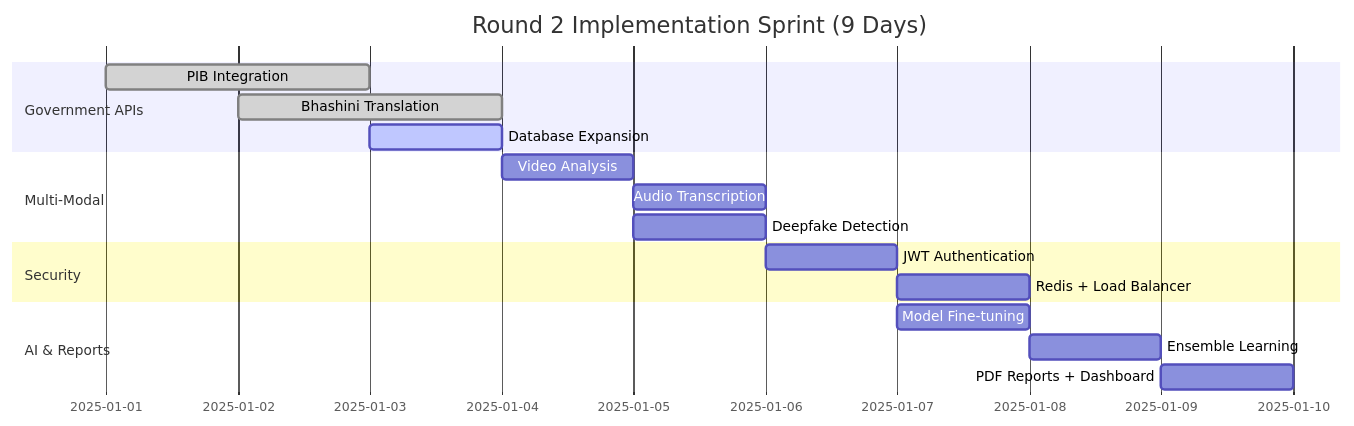
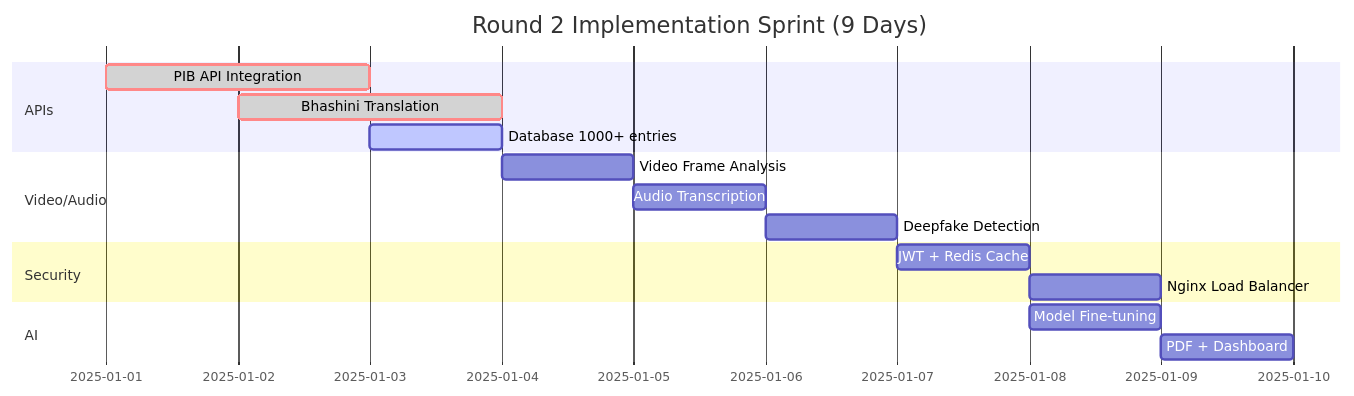
Before and after one commit to AbhishekGiri04/SATYA-DRISHTI: the sixth of 6 diagrams in README.md, drawn with Mermaid. The commit also changed other lines of this file and 1 other file, not shown here.

Commit message:
Fix Gantt chart visibility for PIB and Bhashini tasks

````diff
--- a/README.md
+++ b/README.md
@@ -1064,20 +1064,19 @@
 ```mermaid
 gantt
     title Round 2 Implementation Sprint (9 Days)
     dateFormat  YYYY-MM-DD
-    section Government APIs
-    PIB Integration           :done, api1, 2025-01-01, 2d
-    Bhashini Translation      :done, api2, 2025-01-02, 2d
-    Database Expansion        :active, api3, 2025-01-03, 1d
-    section Multi-Modal
-    Video Analysis            :video1, 2025-01-04, 1d
+    section APIs
+    PIB API Integration       :crit, done, api1, 2025-01-01, 2d
+    Bhashini Translation      :crit, done, api2, 2025-01-02, 2d
+    Database 1000+ entries    :active, api3, 2025-01-03, 1d
+    section Video/Audio
+    Video Frame Analysis      :video1, 2025-01-04, 1d
     Audio Transcription       :video2, 2025-01-05, 1d
-    Deepfake Detection        :video3, 2025-01-05, 1d
+    Deepfake Detection        :video3, 2025-01-06, 1d
     section Security
-    JWT Authentication        :sec1, 2025-01-06, 1d
-    Redis + Load Balancer     :sec2, 2025-01-07, 1d
-    section AI & Reports
-    Model Fine-tuning         :ai1, 2025-01-07, 1d
-    Ensemble Learning         :ai2, 2025-01-08, 1d
-    PDF Reports + Dashboard   :report1, 2025-01-09, 1d
+    JWT + Redis Cache         :sec1, 2025-01-07, 1d
+    Nginx Load Balancer       :sec2, 2025-01-08, 1d
+    section AI
+    Model Fine-tuning         :ai1, 2025-01-08, 1d
+    PDF + Dashboard           :report1, 2025-01-09, 1d
 ```
````
